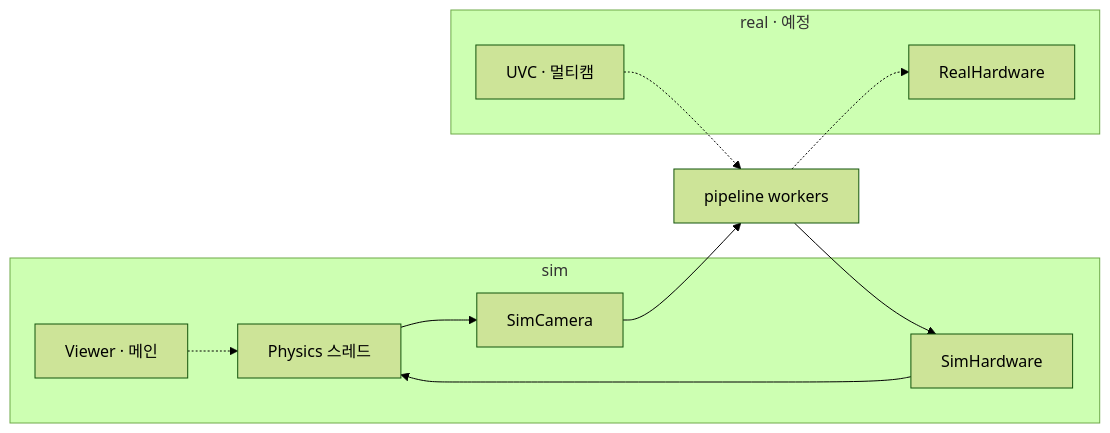
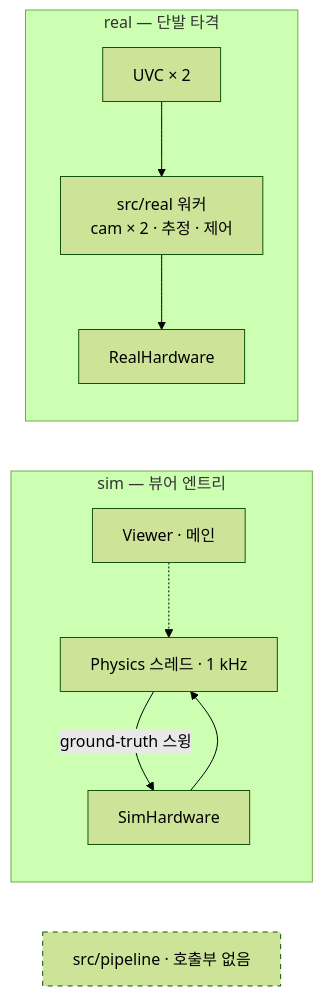
One commit to luv-all/pingpong-bot changed the third of 4 diagrams in README.md. Above: the diagram before and after it, drawn with Mermaid (forest theme). The commit also changed other lines of this file and 21 other files, not shown here.

First line of the commit message:
feat(real): run a single real-hardware strike over channel-isolated workers

````diff
--- a/README.md
+++ b/README.md
@@ -207,22 +235,21 @@
 ```mermaid
 flowchart LR
-  subgraph simSide ["sim"]
+  subgraph simSide ["sim — 뷰어 엔트리"]
     viewer["Viewer · 메인"]
-    physics["Physics 스레드"]
-    simCamera["SimCamera"]
+    physics["Physics 스레드 · 1 kHz"]
     simHw["SimHardware"]
     viewer -.-> physics
-    physics --> simCamera
+    physics -->|"ground-truth 스윙"| simHw
     simHw --> physics
   end
 
-  common["pipeline workers"]
-  simCamera --> common --> simHw
-
-  subgraph realSide ["real · 예정"]
-    realCamera["UVC · 멀티캠"]
+  subgraph realSide ["real — 단발 타격"]
+    realCamera["UVC × 2"]
+    realWorkers["src/real 워커<br/>cam × 2 · 추정 · 제어"]
     realHw["RealHardware"]
+    realCamera --> realWorkers --> realHw
   end
 
-  realCamera -.-> common -.-> realHw
+  dead["src/pipeline · 호출부 없음"]
+  style dead stroke-dasharray: 5 5
 ```
````
